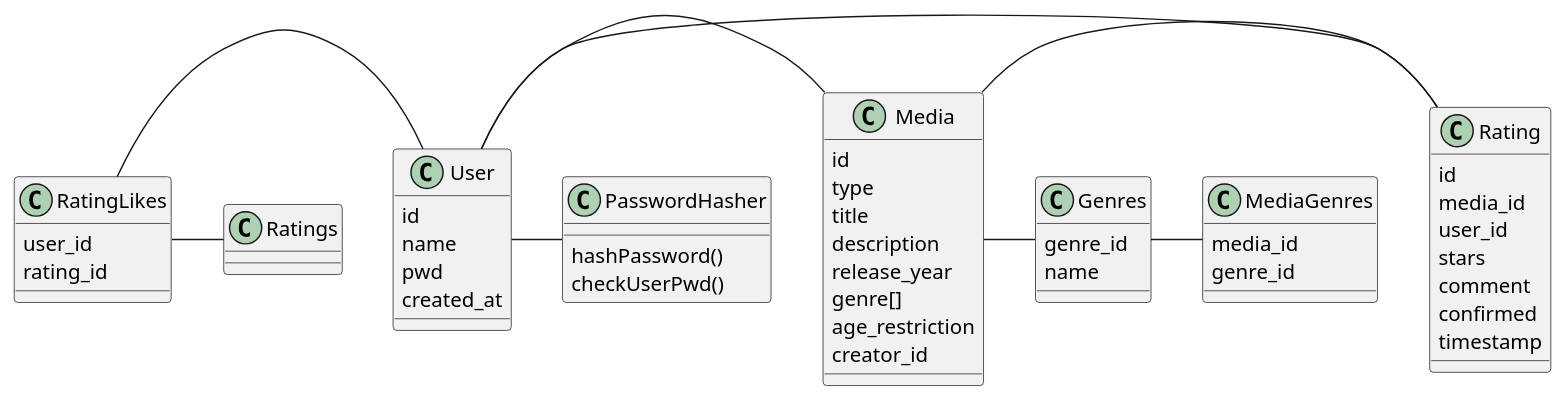
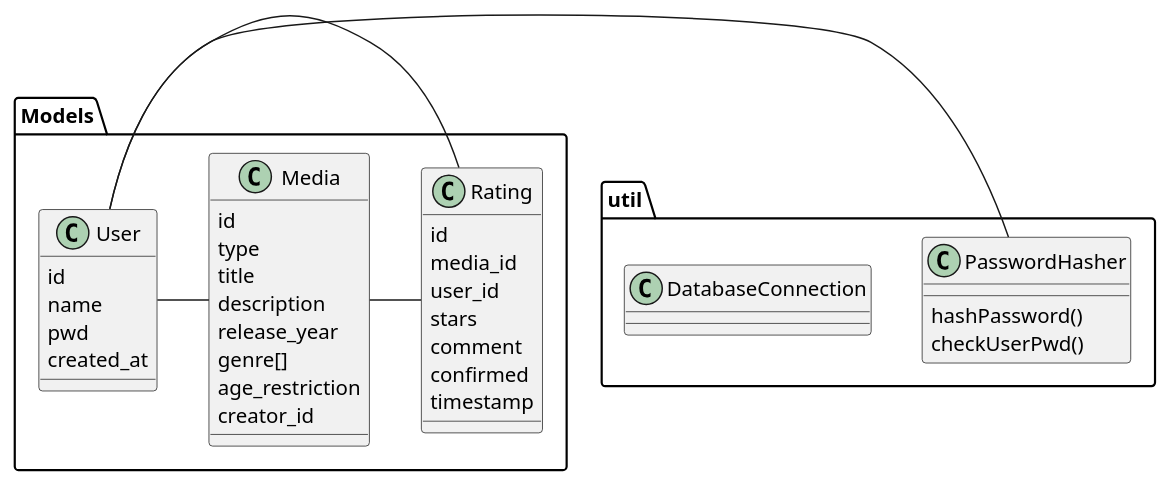
Before and after one commit to makathii/SWEN_Semester: the diagram in MRP/MRP.puml, drawn with PlantUML. The commit also changed 13 other files, not shown here.

```diff
--- a/MRP/MRP.puml
+++ b/MRP/MRP.puml
@@ -1,58 +1,45 @@
 @startuml
-class User{
-    id
-    name
-    pwd
-    created_at
+package Models{
+    class User{
+        id
+        name
+        pwd
+        created_at
+    }
+    class Rating{
+        id
+        media_id
+        user_id
+        stars
+        comment
+        confirmed
+        timestamp
+    }
+    class Media{
+        id
+        type
+        title
+        description
+        release_year
+        genre[]
+        age_restriction
+        creator_id
+    }
 }
 
-class Rating{
-    id
-    media_id
-    user_id
-    stars
-    comment
-    confirmed
-    timestamp
+package util{
+    class PasswordHasher{
+        hashPassword()
+        checkUserPwd()
+    }
+    class DatabaseConnection{
+
+    }
 }
 
-class PasswordHasher{
-    hashPassword()
-    checkUserPwd()
-}
-
-class Media{
-    id
-    type
-    title
-    description
-    release_year
-    genre[]
-    age_restriction
-    creator_id
-}
-
-class Genres{
-    genre_id
-    name
-}
-
-class MediaGenres{
-    media_id
-    genre_id
-}
-
-class RatingLikes{
-    user_id
-    rating_id
-}
 
 User - Media
 User - Rating
 Media - Rating
 User - PasswordHasher
-Media - Genres
-Genres - MediaGenres
-RatingLikes - User
-RatingLikes - Ratings
 @enduml
```
